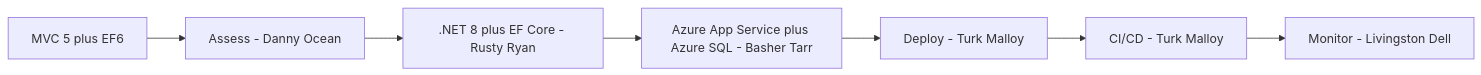
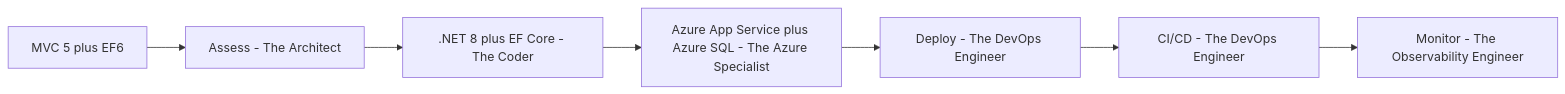
One commit to RobertoBorges/GHCP-PromptMigration changed the diagram in docs/walkthroughs/07-parts-unlimited-walkthrough.md. Above: the diagram before and after it, drawn with Mermaid. The commit also changed other lines of this file and 46 other files, not shown here.

````diff
--- a/docs/walkthroughs/07-parts-unlimited-walkthrough.md
+++ b/docs/walkthroughs/07-parts-unlimited-walkthrough.md
@@ -6,9 +6,9 @@
 ```mermaid
 flowchart LR
-    A[MVC 5 plus EF6] --> B[Assess - Danny Ocean]
-    B --> C[.NET 8 plus EF Core - Rusty Ryan]
-    C --> D[Azure App Service plus Azure SQL - Basher Tarr]
-    D --> E[Deploy - Turk Malloy]
-    E --> F[CI/CD - Turk Malloy]
-    F --> G[Monitor - Livingston Dell]
+    A[MVC 5 plus EF6] --> B[Assess - The Architect]
+    B --> C[.NET 8 plus EF Core - The Coder]
+    C --> D[Azure App Service plus Azure SQL - The Azure Specialist]
+    D --> E[Deploy - The DevOps Engineer]
+    E --> F[CI/CD - The DevOps Engineer]
+    F --> G[Monitor - The Observability Engineer]
 ```
````
